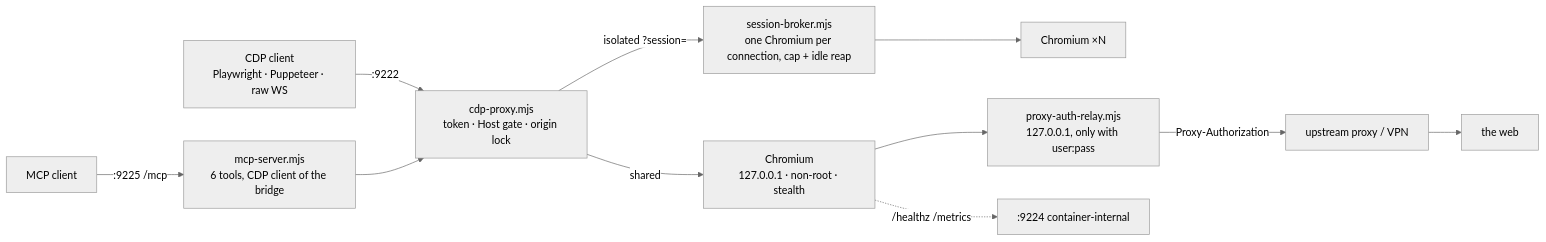
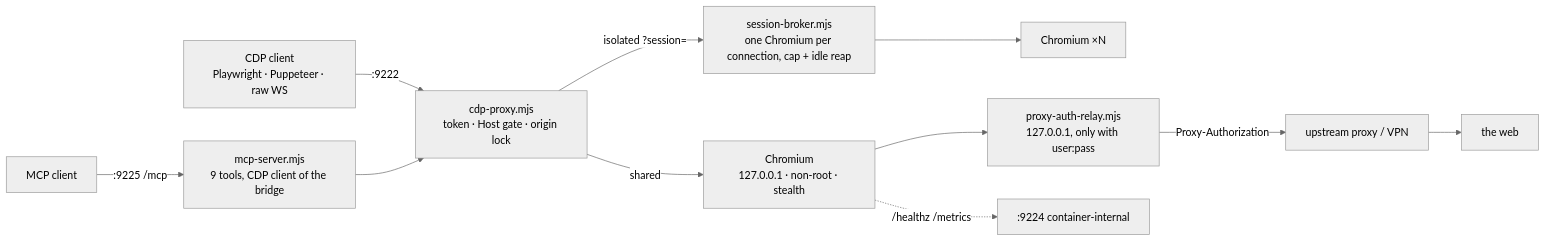
One commit to askalf/browser-bridge changed the diagram in docs/architecture.md. Above: the diagram before and after it, drawn with Mermaid (neutral theme). The commit also changed 11 other files, not shown here.

First line of the commit message:
release: 0.7.0 (trusted-input MCP tools), and fieldpass 0.6.2 (#112)

````diff
--- a/docs/architecture.md
+++ b/docs/architecture.md
@@ -7,13 +7,13 @@
 ```mermaid
 flowchart LR
     C["CDP client<br/>Playwright · Puppeteer · raw WS"] -->|":9222"| P["cdp-proxy.mjs<br/>token · Host gate · origin lock"]
-    M["MCP client"] -->|":9225 /mcp"| S["mcp-server.mjs<br/>6 tools, CDP client of the bridge"]
+    M["MCP client"] -->|":9225 /mcp"| S["mcp-server.mjs<br/>9 tools, CDP client of the bridge"]
     S --> P
     P -->|"shared"| B["Chromium<br/>127.0.0.1 · non-root · stealth"]
     P -->|"isolated ?session="| K["session-broker.mjs<br/>one Chromium per connection, cap + idle reap"]
     K --> B2["Chromium ×N"]
     B --> R["proxy-auth-relay.mjs<br/>127.0.0.1, only with user:pass"]
     R -->|"Proxy-Authorization"| U["upstream proxy / VPN"]
     U --> W["the web"]
     B -.->|"/healthz /metrics"| H[":9224 container-internal"]
 ```
````
